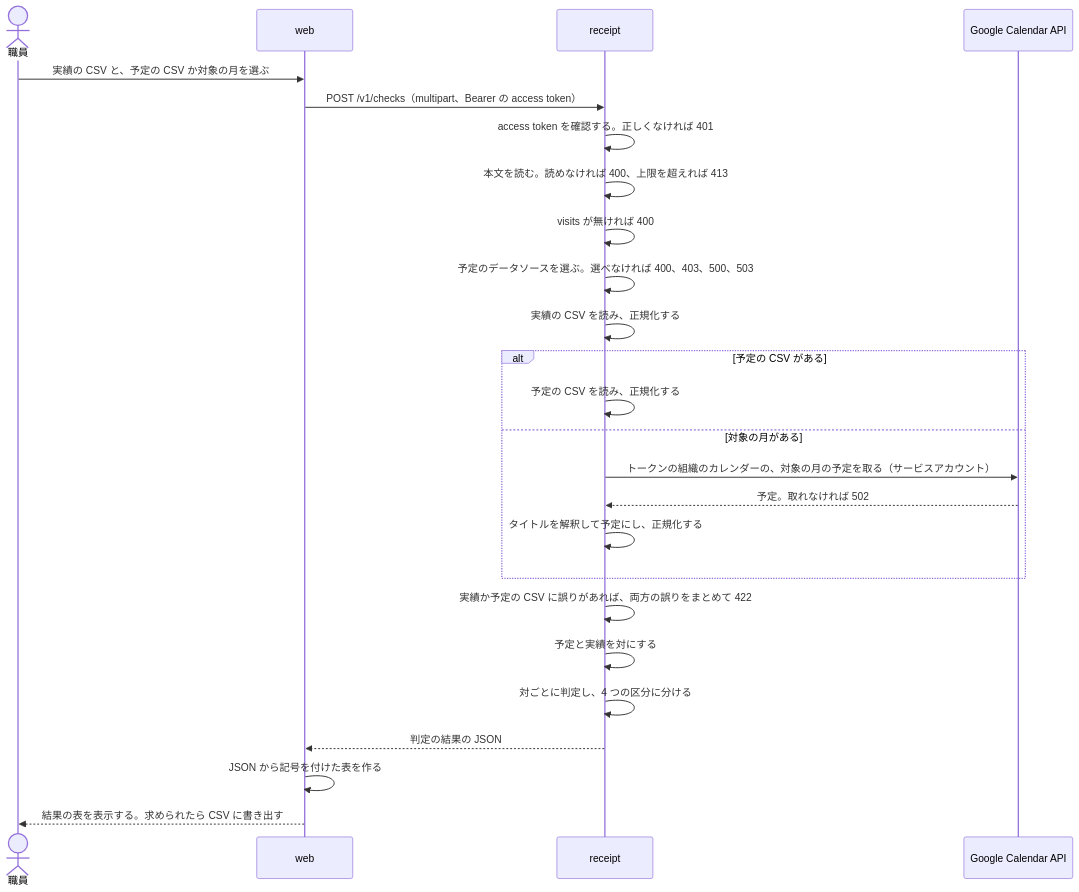
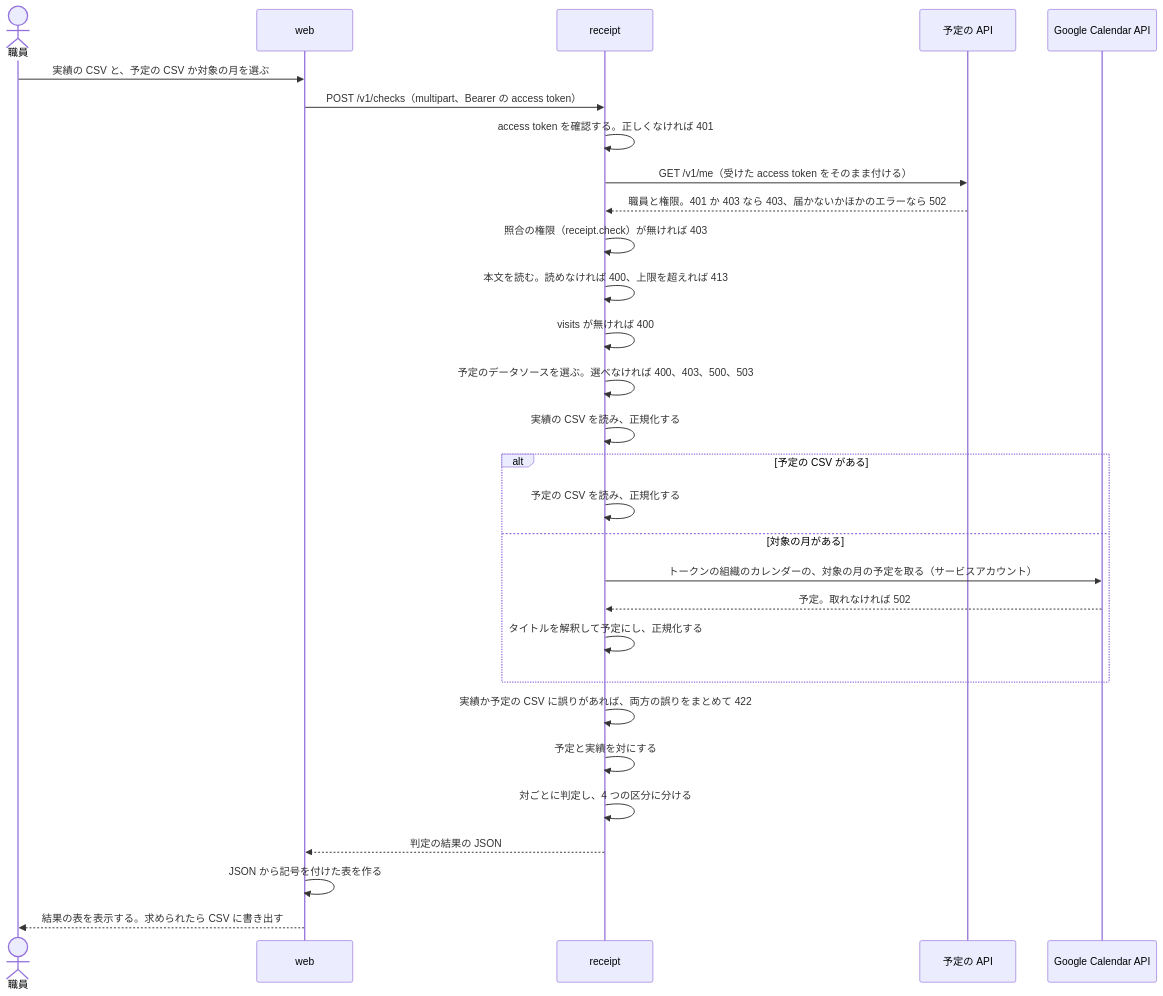
Before and after one commit to Fukuemon/buddy: the diagram in services/receipt/DesignDoc.md, drawn with Mermaid. The commit also changed other lines of this file and 4 other files, not shown here.

````diff
--- a/services/receipt/DesignDoc.md
+++ b/services/receipt/DesignDoc.md
@@ -49,28 +51,32 @@
 ```mermaid
 sequenceDiagram
   actor S as 職員
   participant W as web
   participant R as receipt
+  participant P as 予定の API
   participant G as Google Calendar API
 
   S->>W: 実績の CSV と、予定の CSV か対象の月を選ぶ
   W->>R: POST /v1/checks（multipart、Bearer の access token）
   R->>R: access token を確認する。正しくなければ 401
+  R->>P: GET /v1/me（受けた access token をそのまま付ける）
+  P-->>R: 職員と権限。401 か 403 なら 403、届かないかほかのエラーなら 502
+  R->>R: 照合の権限（receipt.check）が無ければ 403
   R->>R: 本文を読む。読めなければ 400、上限を超えれば 413
   R->>R: visits が無ければ 400
   R->>R: 予定のデータソースを選ぶ。選べなければ 400、403、500、503
   R->>R: 実績の CSV を読み、正規化する
   alt 予定の CSV がある
     R->>R: 予定の CSV を読み、正規化する
   else 対象の月がある
     R->>G: トークンの組織のカレンダーの、対象の月の予定を取る（サービスアカウント）
     G-->>R: 予定。取れなければ 502
     R->>R: タイトルを解釈して予定にし、正規化する
   end
   R->>R: 実績か予定の CSV に誤りがあれば、両方の誤りをまとめて 422
   R->>R: 予定と実績を対にする
   R->>R: 対ごとに判定し、4 つの区分に分ける
   R-->>W: 判定の結果の JSON
   W->>W: JSON から記号を付けた表を作る
   W-->>S: 結果の表を表示する。求められたら CSV に書き出す
 ```
````
